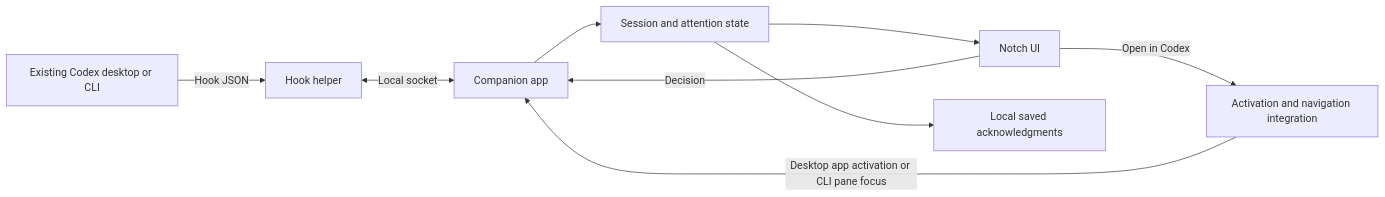
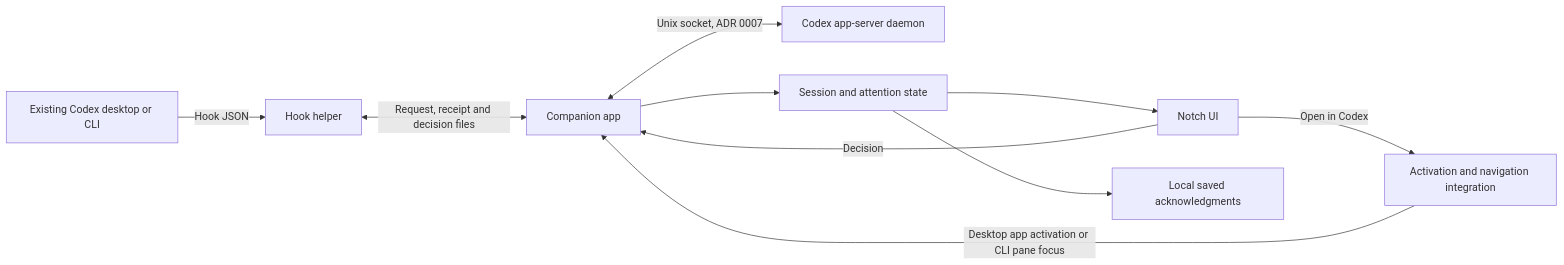
One commit to r-curio/herdly changed the diagram in docs/architecture.md. Above: the diagram before and after it, drawn with Mermaid. The commit also changed other lines of this file and 99 other files, not shown here.

````diff
--- a/docs/architecture.md
+++ b/docs/architecture.md
@@ -9,11 +9,12 @@
 ```mermaid
 flowchart LR
     C[Existing Codex desktop or CLI] -->|Hook JSON| H[Hook helper]
-    H <-->|Local socket| A[Companion app]
+    H <-->|Request, receipt and decision files| A[Companion app]
+    A <-->|Unix socket, ADR 0007| D[Codex app-server daemon]
     A --> S[Session and attention state]
     S --> N[Notch UI]
     N -->|Decision| A
     F[Activation and navigation integration] -->|Desktop app activation or CLI pane focus| A
     N -->|Open in Codex| F
     S --> P[Local saved acknowledgments]
 ```
````
